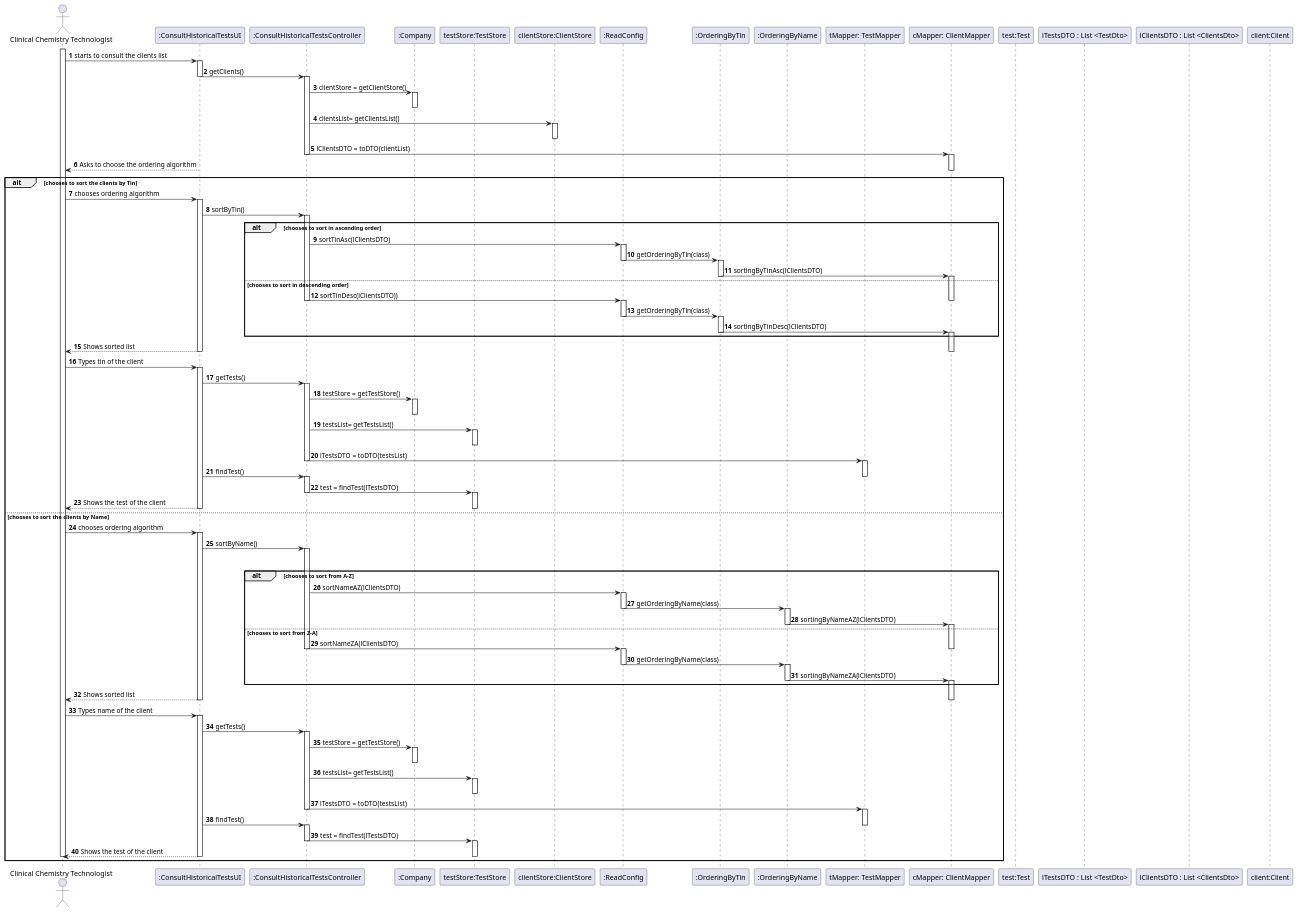
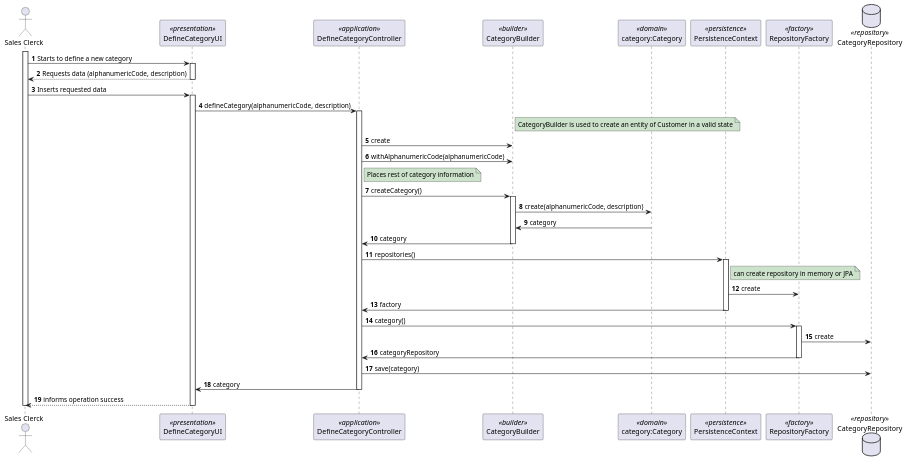
Before and after one commit to marttuga/LAPR4-SmartSystems: the diagram in docs/Sprint2/US1005/US1005_SD.puml, drawn with PlantUML. The commit also changed 5 other files, not shown here.

```diff
--- a/docs/Sprint2/US1005/US1005_SD.puml
+++ b/docs/Sprint2/US1005/US1005_SD.puml
@@ -1,229 +1,74 @@
 @startuml
 autonumber
 'hide footbox
-actor "Clinical Chemistry Technologist" as CCT
-participant ":ConsultHistoricalTestsUI" as UI
-participant ":ConsultHistoricalTestsController" as CTRL
-participant ":Company" as Company
-participant "testStore:TestStore" as Store
-participant "clientStore:ClientStore" as cStore
-participant ":ReadConfig" as Read
-participant ":OrderingByTin" as OBT
-participant ":OrderingByName" as OBN
-participant "tMapper: TestMapper" as tMapper
-participant "cMapper: ClientMapper" as cMapper
-participant "test:Test" as Test
-participant "lTestsDTO : List <TestDto>" as testDTO
-participant "lClientsDTO : List <ClientsDto>" as clientDTO
-participant "client:Client" as Client
+actor "Sales Clerck" as SC
+participant "DefineCategoryUI" as UI <<presentation>>
+participant "DefineCategoryController" as CTRL <<application>>
+participant "CategoryBuilder" as CB <<builder>>
+participant "category:Category" as Category <<domain>>
+participant "PersistenceContext" as PC <<persistence>>
+participant "RepositoryFactory" as RF <<factory>>
+database "CategoryRepository" as CR <<repository>>
 
 
-activate CCT
-CCT -> UI :  starts to consult the clients list
+activate SC
+SC -> UI : Starts to define a new category
 activate UI
+UI --> SC : Requests data (alphanumericCode, description)
+deactivate UI
 
 
 
-UI -> CTRL :  getClients()
-deactivate UI
+SC -> UI : Inserts requested data
+activate UI
+
+UI -> CTRL : defineCategory(alphanumericCode, description)
 activate CTRL
 
-CTRL -> Company : clientStore = getClientStore()
-activate Company
-deactivate Company
+note right CB #CCE2CB
+    CategoryBuilder is used to create an entity of Customer in a valid state
+end note
 
-CTRL -> cStore : clientsList= getClientsList()
-activate cStore
-deactivate cStore
+CTRL -> CB : create
+CTRL -> CB : withAlphanumericCode(alphanumericCode)
 
-CTRL -> cMapper : lClientsDTO = toDTO(clientList)
-deactivate CTRL
-activate cMapper
+note right CTRL #CCE2CB
+    Places rest of category information
+end note
 
+CTRL -> CB : createCategory()
+activate CB
+CB -> Category : create(alphanumericCode, description)
+Category -> CB : category
 
-UI --> CCT : Asks to choose the ordering algorithm
-deactivate UI
-deactivate Company
-deactivate cStore
-alt chooses to sort the clients by Tin
-deactivate cMapper
-CCT -> UI : chooses ordering algorithm
-activate UI
+CB -> CTRL : category
+deactivate CB
+
+CTRL -> PC : repositories()
+activate PC
+note right PC #CCE2CB
+    can create repository in memory or JPA
+end note
+PC -> RF : create
+PC -> CTRL : factory
+deactivate PC
 
 
 
-UI -> CTRL : sortByTin()
-
-activate CTRL
-alt chooses to sort in ascending order
-CTRL -> Read : sortTinAsc(lClientsDTO)
-activate Read
-
-
-Read -> OBT : getOrderingByTin(class)
-deactivate Read
-activate OBT
-
-
-OBT -> cMapper : sortingByTinAsc(lClientsDTO)
-deactivate OBT
-activate cMapper
-
-
-else chooses to sort in descending order
-
-CTRL -> Read : sortTinDesc(lClientsDTO))
-deactivate cMapper
-activate Read
+CTRL -> RF : category()
+activate RF
+RF -> CR : create
+RF -> CTRL : categoryRepository
+deactivate RF
+CTRL -> CR : save(category)
+CTRL -> UI : category
 deactivate CTRL
 
-Read -> OBT : getOrderingByTin(class)
-deactivate Read
-activate OBT
-
-
-OBT -> cMapper : sortingByTinDesc(lClientsDTO)
-deactivate OBT
-activate cMapper
-
-end
-
-
-UI --> CCT : Shows sorted list
-deactivate UI
-
-deactivate cMapper
-CCT -> UI : Types tin of the client
-activate UI
-
-UI -> CTRL :  getTests()
-activate CTRL
-CTRL -> Company : testStore = getTestStore()
-
-activate Company
-deactivate Company
-
-CTRL -> Store : testsList= getTestsList()
-activate Store
-deactivate Store
-
-CTRL -> tMapper : lTestsDTO = toDTO(testsList)
-deactivate CTRL
-activate tMapper
-
-
-UI -> CTRL : findTest()
-deactivate tMapper
-activate CTRL
-
-CTRL -> Store : test = findTest(lTestsDTO)
-deactivate CTRL
-activate Store
-
-
-
-UI --> CCT : Shows the test of the client
+UI --> SC :informs operation success
 deactivate UI
 
 
-deactivate Store
-else chooses to sort the clients by Name
-
-
-CCT -> UI :  chooses ordering algorithm
-activate UI
-
-UI -> CTRL : sortByName()
-
-activate CTRL
-
-
-
-alt chooses to sort from A-Z
-
-deactivate cStore
-
-CTRL -> Read : sortNameAZ(lClientsDTO)
-deactivate cMapper
-activate Read
-
-
-Read -> OBN : getOrderingByName(class)
-deactivate Read
-activate OBN
-
-
-OBN -> cMapper : sortingByNameAZ(lClientsDTO)
-deactivate OBN
-activate cMapper
-
-
-
-else chooses to sort from Z-A
-
-CTRL -> Read : sortNameZA(lClientsDTO)
-deactivate cMapper
-activate Read
-deactivate CTRL
-
-Read -> OBN : getOrderingByName(class)
-deactivate Read
-activate OBN
-
-
-OBN -> cMapper : sortingByNameZA(lClientsDTO)
-deactivate OBN
-activate cMapper
-
-
-
-
-
-end
-
-UI --> CCT : Shows sorted list
-deactivate cMapper
-deactivate UI
-
-CCT -> UI : Types name of the client
-
-activate UI
-UI -> CTRL :  getTests()
-activate CTRL
-CTRL -> Company : testStore = getTestStore()
-
-activate Company
-deactivate Company
-
-CTRL -> Store : testsList= getTestsList()
-activate Store
-deactivate Store
-
-CTRL -> tMapper : lTestsDTO = toDTO(testsList)
-deactivate CTRL
-activate tMapper
-
-
-deactivate cStore
-UI -> CTRL : findTest()
-deactivate tMapper
-activate CTRL
-CTRL -> Store : test = findTest(lTestsDTO)
-deactivate CTRL
-activate Store
-
-UI --> CCT : Shows the test of the client
-
-deactivate UI
-deactivate Store
-deactivate UI
-
-
-deactivate CCT
-
-
-end
-
+deactivate SC
 
 
 
```
